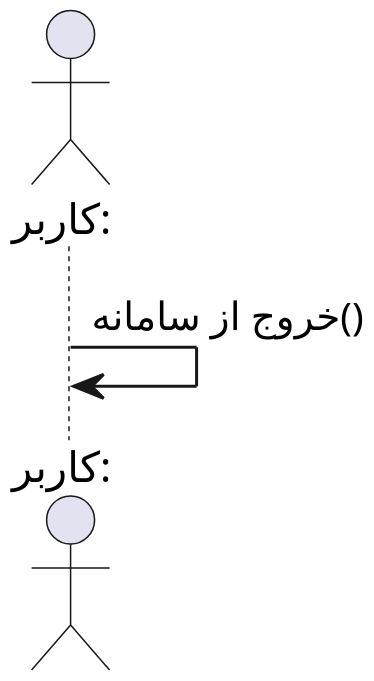
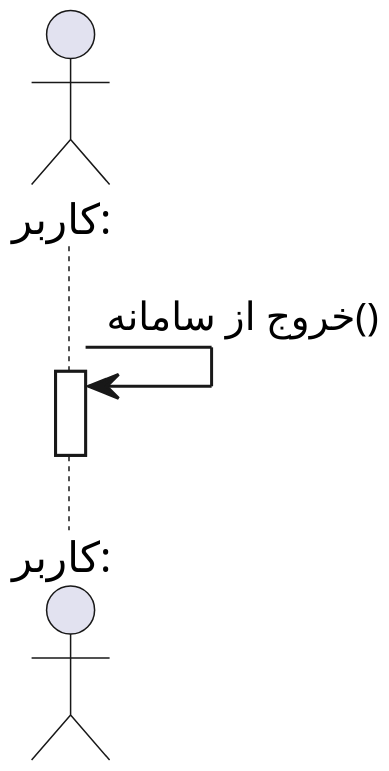
One commit to soleyman79/Qasedak changed the diagram in Diagrams/Sequence/Logout.puml. Above: the diagram before and after it, drawn with PlantUML. The commit also changed 4 other files, not shown here.

```diff
--- a/Diagrams/Sequence/Logout.puml
+++ b/Diagrams/Sequence/Logout.puml
@@ -1,14 +1,16 @@
 @startuml logout
 
 
 scale 3
 skinparam DefaultFontName Vazir
 skinparam DefaultTextAlignment left
 
  
 actor "کاربر:" as user
 
 user -> user : خروج از سامانه()
+activate user
+deactivate user
 
 
 @enduml
```
